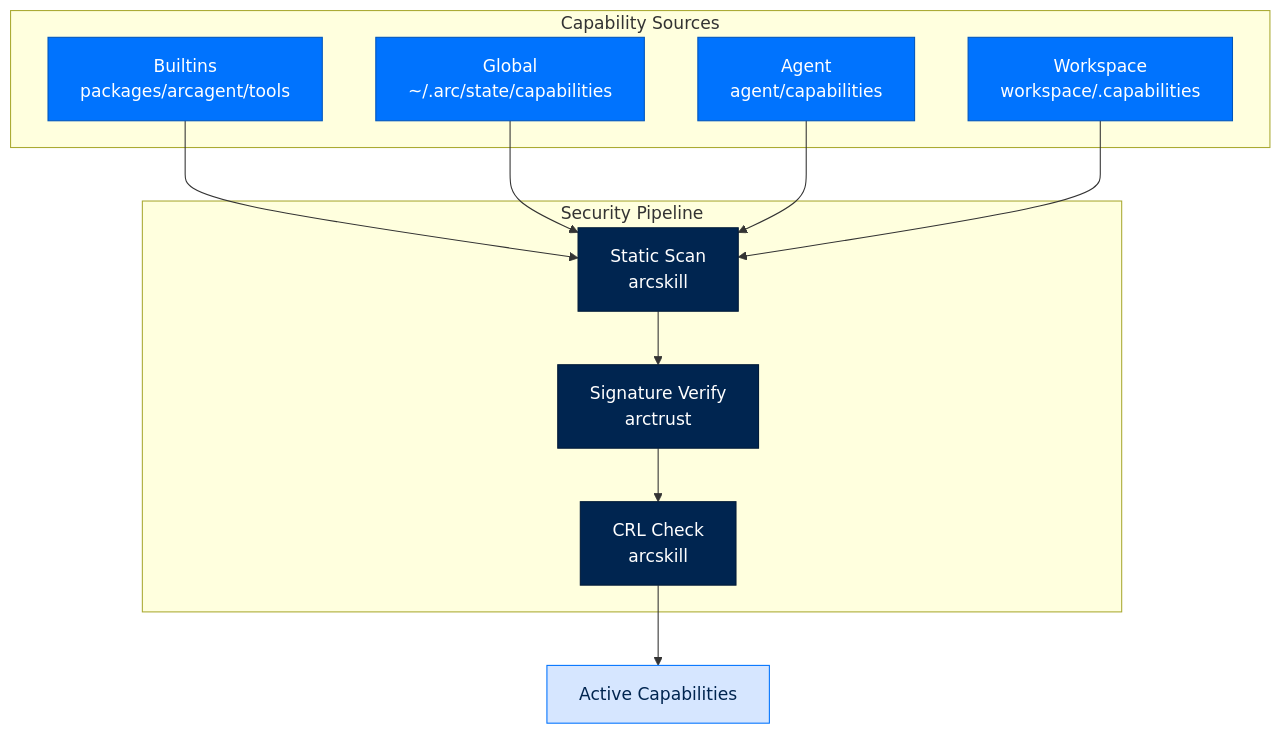
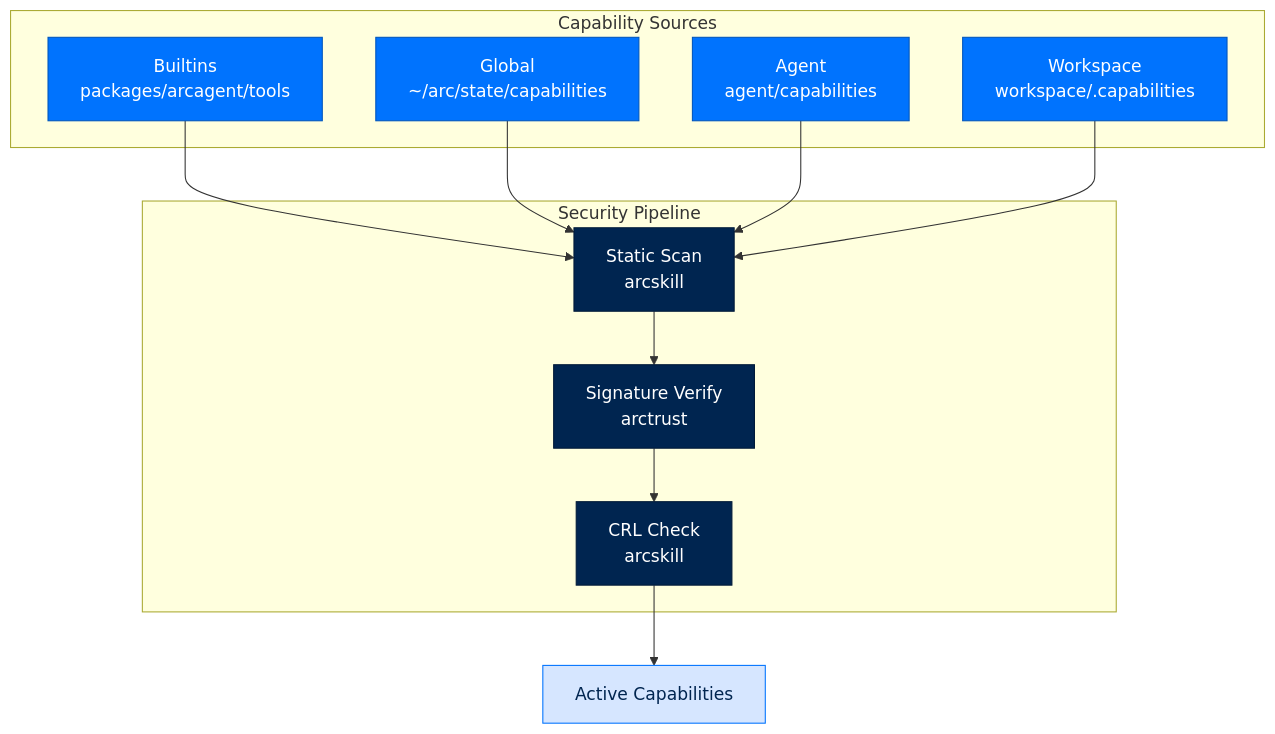
Before and after one commit to joshuamschultz/Arc: the fourth of 21 diagrams in docs/walkthrough/data-flows.md, drawn with Mermaid. The commit also changed other lines of this file and 39 other files, not shown here.

````diff
--- a/docs/walkthrough/data-flows.md
+++ b/docs/walkthrough/data-flows.md
@@ -127,27 +127,27 @@
 ```mermaid
 flowchart TB
     classDef source fill:#0073FE,stroke:#0055BC,color:#FFFFFF
     classDef scan fill:#002550,stroke:#001A38,color:#FFFFFF
     classDef active fill:#D6E6FF,stroke:#0073FE,color:#002550
 
     subgraph "Capability Sources"
         S1[Builtins<br/>packages/arcagent/tools]:::source
-        S2[Global<br/>~/.arc/state/capabilities]:::source
+        S2[Global<br/>~/arc/state/capabilities]:::source
         S3[Agent<br/>agent/capabilities]:::source
         S4[Workspace<br/>workspace/.capabilities]:::source
     end
 
     subgraph "Security Pipeline"
         Scan[Static Scan<br/>arcskill]:::scan
         Sign[Signature Verify<br/>arctrust]:::scan
         CRL[CRL Check<br/>arcskill]:::scan
     end
 
     S1 --> Scan
     S2 --> Scan
     S3 --> Scan
     S4 --> Scan
     Scan --> Sign
     Sign --> CRL
     CRL --> Active[Active Capabilities]:::active
 ```
````
